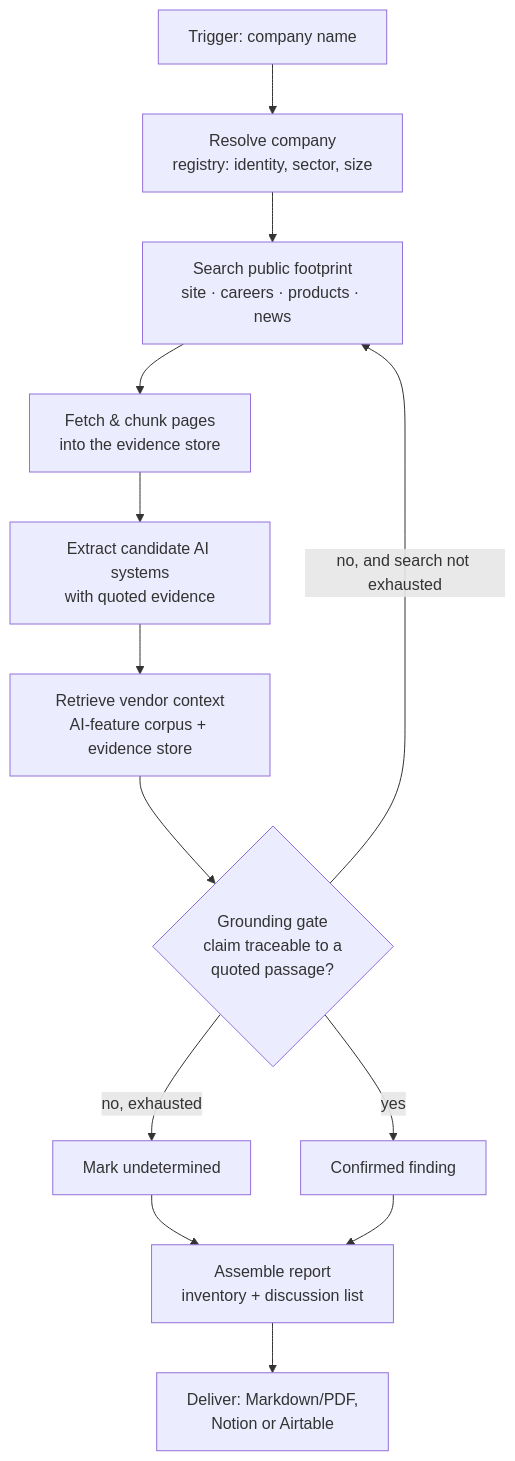
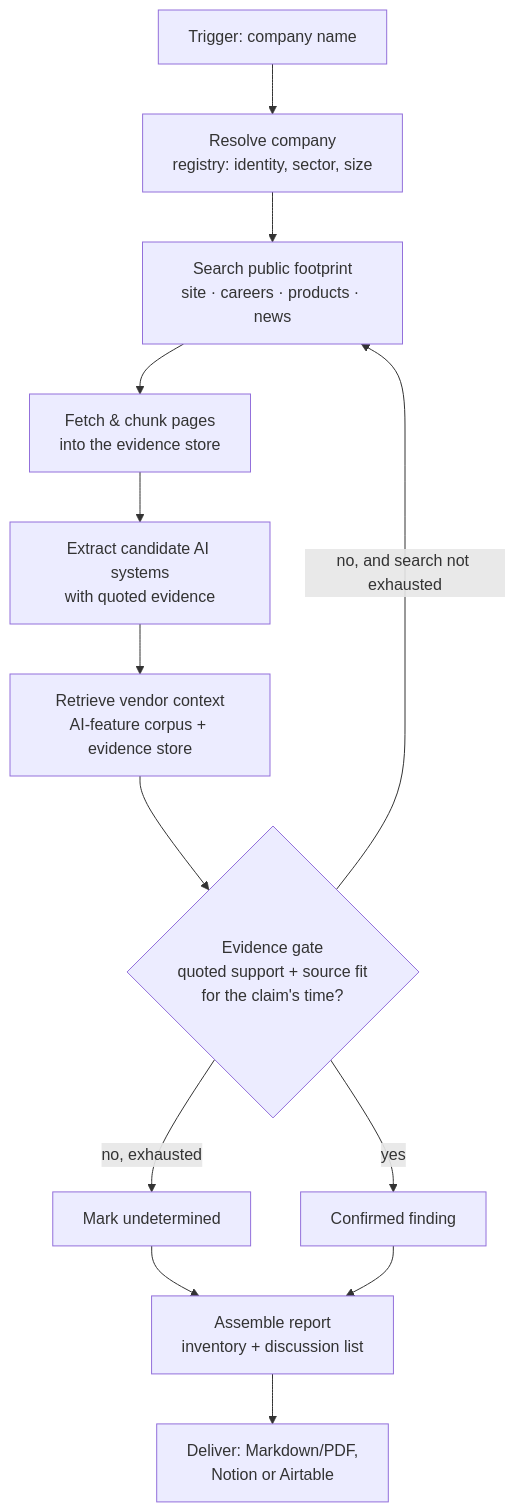
The diagram in docs/architecture.md (nyelugo/PROJECT-AI-Pre-Scan), drawn with Mermaid before and after one commit. The commit also changed other lines of this file and 5 other files, not shown here.

````diff
--- a/docs/architecture.md
+++ b/docs/architecture.md
@@ -10,15 +10,15 @@
 ```mermaid
 flowchart TD
     A[Trigger: company name] --> B[Resolve company<br/>registry: identity, sector, size]
     B --> C[Search public footprint<br/>site · careers · products · news]
     C --> D[Fetch & chunk pages<br/>into the evidence store]
     D --> E[Extract candidate AI systems<br/>with quoted evidence]
     E --> F[Retrieve vendor context<br/>AI-feature corpus + evidence store]
-    F --> G{Grounding gate<br/>claim traceable to a<br/>quoted passage?}
+    F --> G{Evidence gate<br/>quoted support + source fit<br/>for the claim's time?}
     G -- no, and search not exhausted --> C
     G -- no, exhausted --> H[Mark undetermined]
     G -- yes --> I[Confirmed finding]
     H --> J[Assemble report<br/>inventory + discussion list]
     I --> J
     J --> K[Deliver: Markdown/PDF,<br/>Notion or Airtable]
 ```
````
